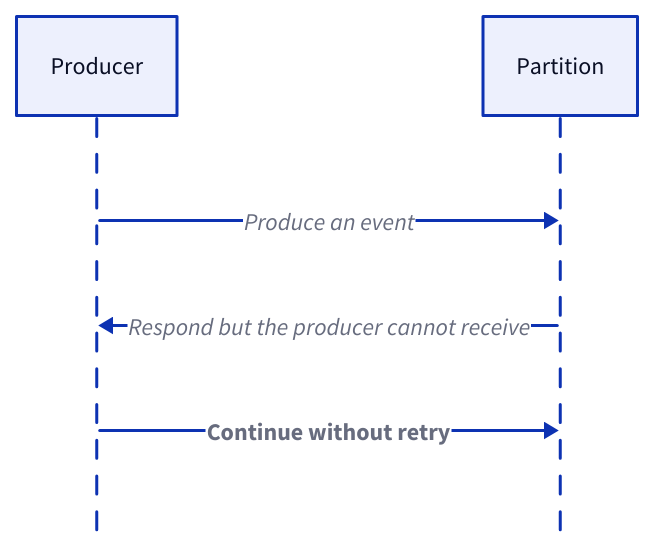
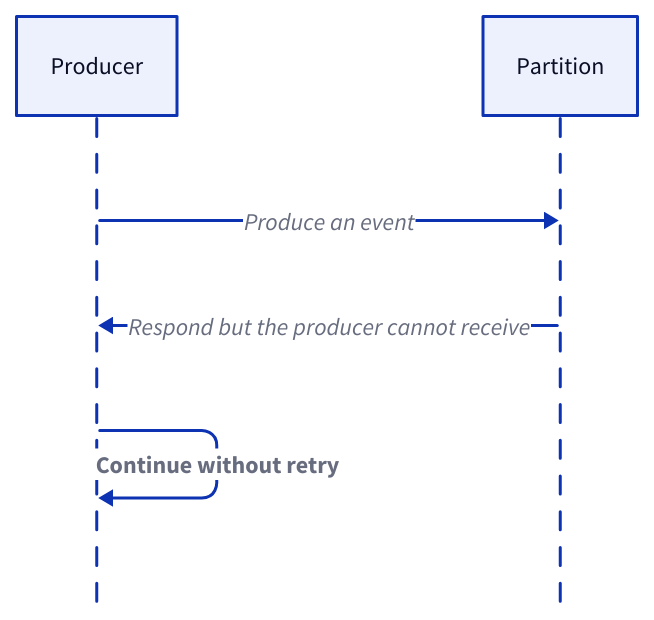
Before and after one commit to link1905/system-design-101: the third of 14 diagrams in content/docs/data-persistence/event-streaming-platform/delivery-semantics.md, drawn with D2. The commit also changed other lines of this file and 49 other files, not shown here.

````diff
--- a/content/docs/data-persistence/event-streaming-platform/delivery-semantics.md
+++ b/content/docs/data-persistence/event-streaming-platform/delivery-semantics.md
@@ -74,16 +76,16 @@
 ```d2
 shape: sequence_diagram
 p: Producer {
   class: server
 }
 q: Partition {
   class: mq
 }
 p -> q: Produce an event
 q -> p: Respond but the producer cannot receive {
   class: error-conn
 }
-p -> q: Continue without retry {
+p -> p: Continue without retry {
   style.bold: true
 }
 ```
````
